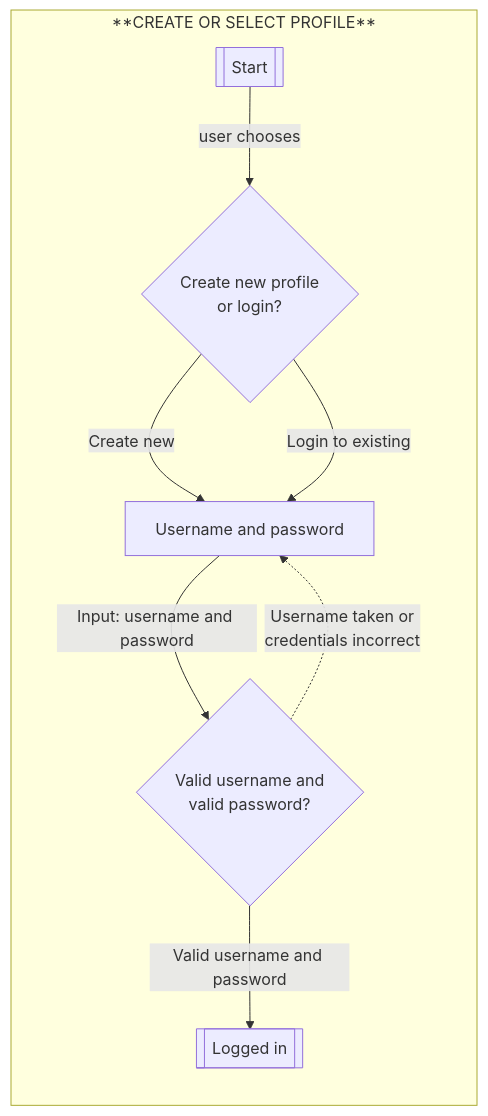
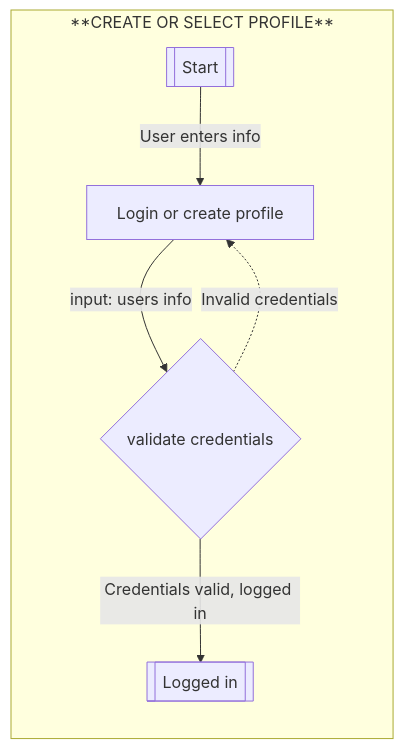
The second of 8 diagrams in README.md (Karan4248/Exercise-Tracker), drawn with Mermaid before and after one commit. The commit also changed other lines of this file, not shown here.

````diff
--- a/README.md
+++ b/README.md
@@ -19,21 +37,14 @@
 ```mermaid
 flowchart
   subgraph **CREATE OR SELECT PROFILE**
     direction TB
     start[[Start]]
-    action{Create new profile<br/>or login?}
-    
-    input["Username and password"]
-    
-    check{Valid username and<br/>valid password?}
-    
+    login["Login or create profile"]
     success[[Logged in]]
-    
-    start -- user chooses --> action
-    action -- "Create new" --> input
-    action -- "Login to existing" --> input
-    input -- "Input: username and password" --> check
-    check -. "Username taken or<br/>credentials incorrect" .-> input
-    check -- "Valid username and password" --> success
+    valid{validate credentials}
+    start -- User enters info --> login
+    login -- input: users info -->valid
+    valid -- Credentials valid, logged in --> success
+    valid -. Invalid credentials .-> login
   end
 ```
````
